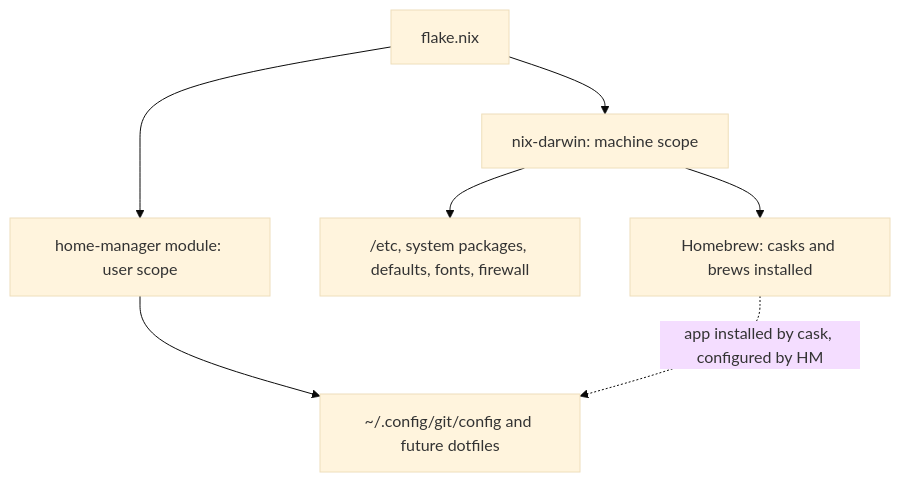
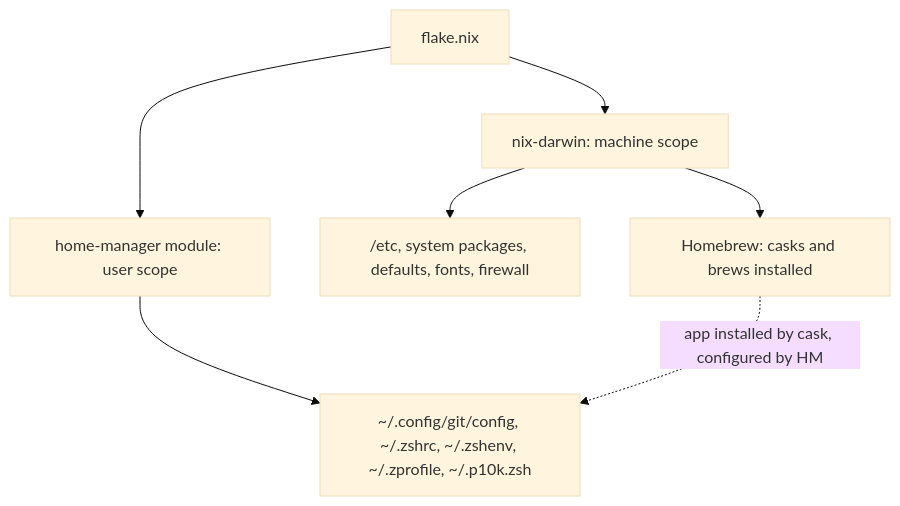
The diagram in nix-mac/Home Manager Guide.md (bar2sek/personal-technology), drawn with Mermaid (base theme) before and after one commit. The commit also changed other lines of this file and 5 other files, not shown here.

First line of the commit message:
feat(nix-mac): move zsh config into home-manager

````diff
--- a/nix-mac/Home Manager Guide.md
+++ b/nix-mac/Home Manager Guide.md
@@ -20,9 +20,9 @@
 ```mermaid
 graph TD
   F[flake.nix] --> D[nix-darwin: machine scope]
   F --> H[home-manager module: user scope]
   D --> E["/etc, system packages, defaults, fonts, firewall"]
   D --> B[Homebrew: casks and brews installed]
-  H --> U["~/.config/git/config and future dotfiles"]
+  H --> U["~/.config/git/config, ~/.zshrc, ~/.zshenv, ~/.zprofile, ~/.p10k.zsh"]
   B -. app installed by cask, configured by HM .-> U
 ```
````
